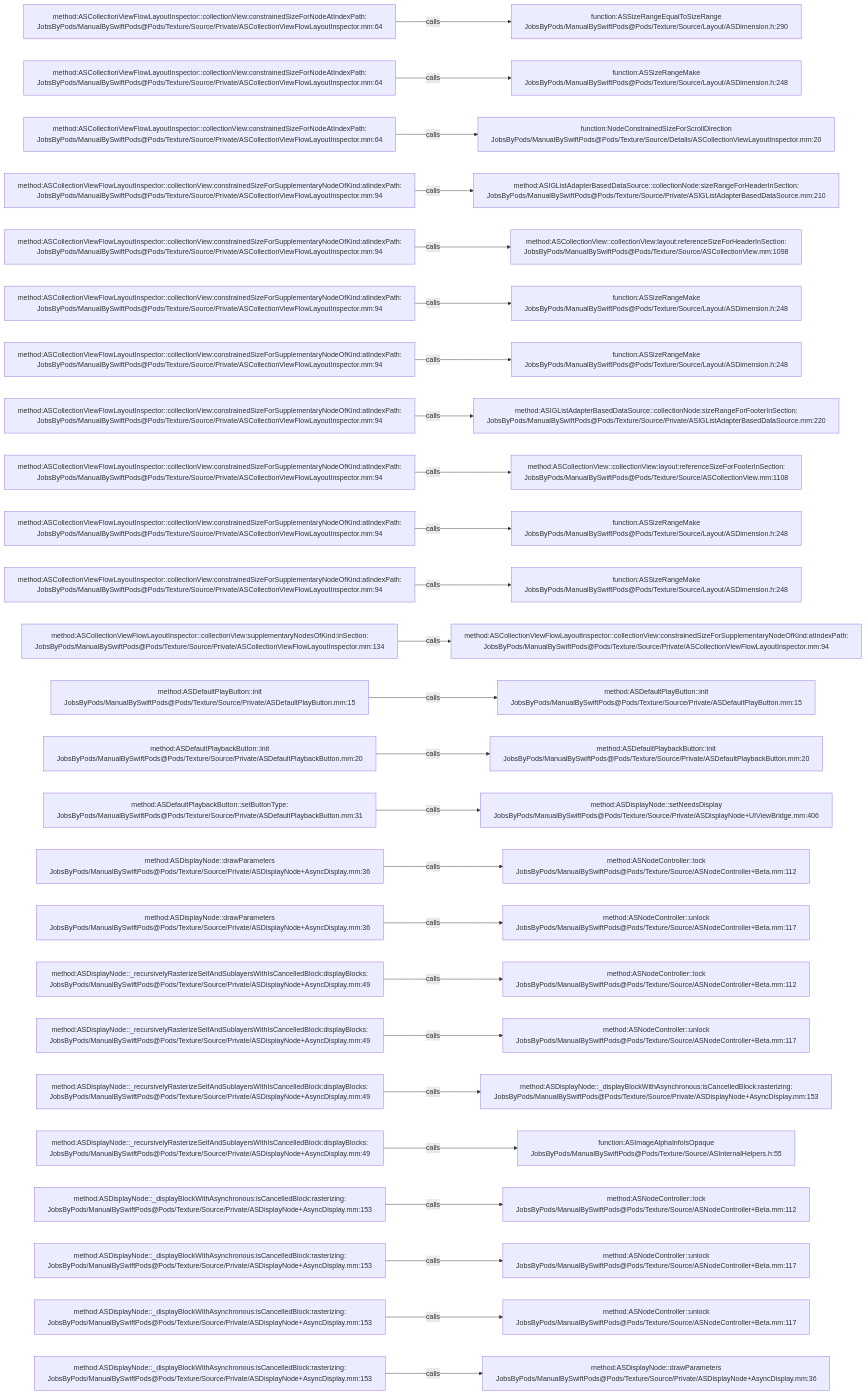
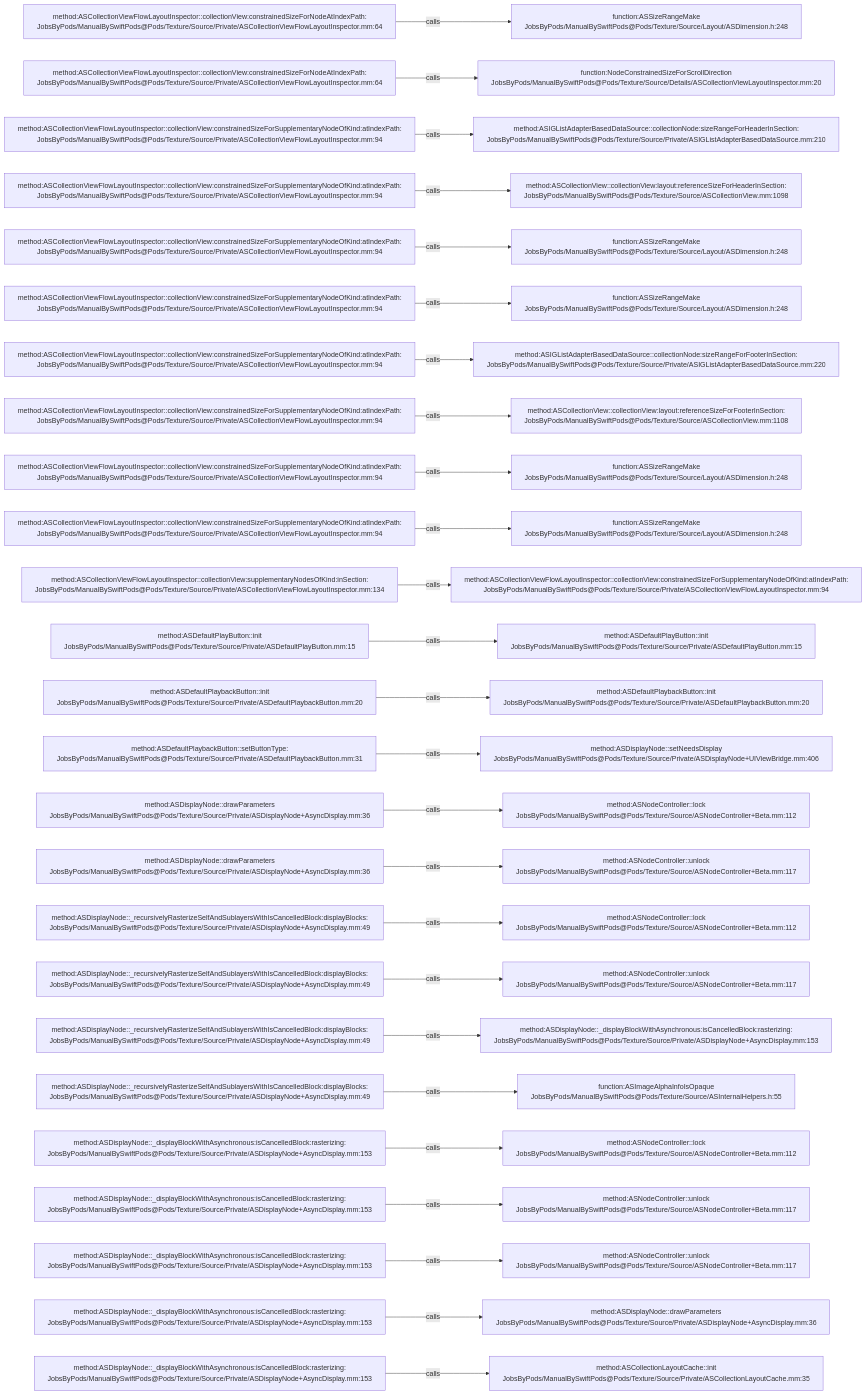
Before and after one commit to JobsKits/JobsSwiftBaseConfigDemo: the diagram in .codegraph/codegraph.md/graphs/calls-116.md, drawn with Mermaid. The commit also changed 747 other files, not shown here.

````diff
--- a/.codegraph/codegraph.md/graphs/calls-116.md
+++ b/.codegraph/codegraph.md/graphs/calls-116.md
@@ -13,78 +13,78 @@
 ```mermaid
 flowchart LR
   S1["method:ASCollectionViewFlowLayoutInspector::collectionView:constrainedSizeForNodeAtIndexPath:<br/>JobsByPods/ManualBySwiftPods@Pods/Texture/Source/Private/ASCollectionViewFlowLayoutInspector.mm:64"]
-  T1["function:ASSizeRangeEqualToSizeRange<br/>JobsByPods/ManualBySwiftPods@Pods/Texture/Source/Layout/ASDimension.h:290"]
+  T1["function:ASSizeRangeMake<br/>JobsByPods/ManualBySwiftPods@Pods/Texture/Source/Layout/ASDimension.h:248"]
   S1 -->|calls| T1
   S2["method:ASCollectionViewFlowLayoutInspector::collectionView:constrainedSizeForNodeAtIndexPath:<br/>JobsByPods/ManualBySwiftPods@Pods/Texture/Source/Private/ASCollectionViewFlowLayoutInspector.mm:64"]
-  T2["function:ASSizeRangeMake<br/>JobsByPods/ManualBySwiftPods@Pods/Texture/Source/Layout/ASDimension.h:248"]
+  T2["function:NodeConstrainedSizeForScrollDirection<br/>JobsByPods/ManualBySwiftPods@Pods/Texture/Source/Details/ASCollectionViewLayoutInspector.mm:20"]
   S2 -->|calls| T2
-  S3["method:ASCollectionViewFlowLayoutInspector::collectionView:constrainedSizeForNodeAtIndexPath:<br/>JobsByPods/ManualBySwiftPods@Pods/Texture/Source/Private/ASCollectionViewFlowLayoutInspector.mm:64"]
-  T3["function:NodeConstrainedSizeForScrollDirection<br/>JobsByPods/ManualBySwiftPods@Pods/Texture/Source/Details/ASCollectionViewLayoutInspector.mm:20"]
+  S3["method:ASCollectionViewFlowLayoutInspector::collectionView:constrainedSizeForSupplementaryNodeOfKind:atIndexPath:<br/>JobsByPods/ManualBySwiftPods@Pods/Texture/Source/Private/ASCollectionViewFlowLayoutInspector.mm:94"]
+  T3["method:ASIGListAdapterBasedDataSource::collectionNode:sizeRangeForHeaderInSection:<br/>JobsByPods/ManualBySwiftPods@Pods/Texture/Source/Private/ASIGListAdapterBasedDataSource.mm:210"]
   S3 -->|calls| T3
   S4["method:ASCollectionViewFlowLayoutInspector::collectionView:constrainedSizeForSupplementaryNodeOfKind:atIndexPath:<br/>JobsByPods/ManualBySwiftPods@Pods/Texture/Source/Private/ASCollectionViewFlowLayoutInspector.mm:94"]
-  T4["method:ASIGListAdapterBasedDataSource::collectionNode:sizeRangeForHeaderInSection:<br/>JobsByPods/ManualBySwiftPods@Pods/Texture/Source/Private/ASIGListAdapterBasedDataSource.mm:210"]
+  T4["method:ASCollectionView::collectionView:layout:referenceSizeForHeaderInSection:<br/>JobsByPods/ManualBySwiftPods@Pods/Texture/Source/ASCollectionView.mm:1098"]
   S4 -->|calls| T4
   S5["method:ASCollectionViewFlowLayoutInspector::collectionView:constrainedSizeForSupplementaryNodeOfKind:atIndexPath:<br/>JobsByPods/ManualBySwiftPods@Pods/Texture/Source/Private/ASCollectionViewFlowLayoutInspector.mm:94"]
-  T5["method:ASCollectionView::collectionView:layout:referenceSizeForHeaderInSection:<br/>JobsByPods/ManualBySwiftPods@Pods/Texture/Source/ASCollectionView.mm:1098"]
+  T5["function:ASSizeRangeMake<br/>JobsByPods/ManualBySwiftPods@Pods/Texture/Source/Layout/ASDimension.h:248"]
   S5 -->|calls| T5
   S6["method:ASCollectionViewFlowLayoutInspector::collectionView:constrainedSizeForSupplementaryNodeOfKind:atIndexPath:<br/>JobsByPods/ManualBySwiftPods@Pods/Texture/Source/Private/ASCollectionViewFlowLayoutInspector.mm:94"]
   T6["function:ASSizeRangeMake<br/>JobsByPods/ManualBySwiftPods@Pods/Texture/Source/Layout/ASDimension.h:248"]
   S6 -->|calls| T6
   S7["method:ASCollectionViewFlowLayoutInspector::collectionView:constrainedSizeForSupplementaryNodeOfKind:atIndexPath:<br/>JobsByPods/ManualBySwiftPods@Pods/Texture/Source/Private/ASCollectionViewFlowLayoutInspector.mm:94"]
-  T7["function:ASSizeRangeMake<br/>JobsByPods/ManualBySwiftPods@Pods/Texture/Source/Layout/ASDimension.h:248"]
+  T7["method:ASIGListAdapterBasedDataSource::collectionNode:sizeRangeForFooterInSection:<br/>JobsByPods/ManualBySwiftPods@Pods/Texture/Source/Private/ASIGListAdapterBasedDataSource.mm:220"]
   S7 -->|calls| T7
   S8["method:ASCollectionViewFlowLayoutInspector::collectionView:constrainedSizeForSupplementaryNodeOfKind:atIndexPath:<br/>JobsByPods/ManualBySwiftPods@Pods/Texture/Source/Private/ASCollectionViewFlowLayoutInspector.mm:94"]
-  T8["method:ASIGListAdapterBasedDataSource::collectionNode:sizeRangeForFooterInSection:<br/>JobsByPods/ManualBySwiftPods@Pods/Texture/Source/Private/ASIGListAdapterBasedDataSource.mm:220"]
+  T8["method:ASCollectionView::collectionView:layout:referenceSizeForFooterInSection:<br/>JobsByPods/ManualBySwiftPods@Pods/Texture/Source/ASCollectionView.mm:1108"]
   S8 -->|calls| T8
   S9["method:ASCollectionViewFlowLayoutInspector::collectionView:constrainedSizeForSupplementaryNodeOfKind:atIndexPath:<br/>JobsByPods/ManualBySwiftPods@Pods/Texture/Source/Private/ASCollectionViewFlowLayoutInspector.mm:94"]
-  T9["method:ASCollectionView::collectionView:layout:referenceSizeForFooterInSection:<br/>JobsByPods/ManualBySwiftPods@Pods/Texture/Source/ASCollectionView.mm:1108"]
+  T9["function:ASSizeRangeMake<br/>JobsByPods/ManualBySwiftPods@Pods/Texture/Source/Layout/ASDimension.h:248"]
   S9 -->|calls| T9
   S10["method:ASCollectionViewFlowLayoutInspector::collectionView:constrainedSizeForSupplementaryNodeOfKind:atIndexPath:<br/>JobsByPods/ManualBySwiftPods@Pods/Texture/Source/Private/ASCollectionViewFlowLayoutInspector.mm:94"]
   T10["function:ASSizeRangeMake<br/>JobsByPods/ManualBySwiftPods@Pods/Texture/Source/Layout/ASDimension.h:248"]
   S10 -->|calls| T10
-  S11["method:ASCollectionViewFlowLayoutInspector::collectionView:constrainedSizeForSupplementaryNodeOfKind:atIndexPath:<br/>JobsByPods/ManualBySwiftPods@Pods/Texture/Source/Private/ASCollectionViewFlowLayoutInspector.mm:94"]
-  T11["function:ASSizeRangeMake<br/>JobsByPods/ManualBySwiftPods@Pods/Texture/Source/Layout/ASDimension.h:248"]
+  S11["method:ASCollectionViewFlowLayoutInspector::collectionView:supplementaryNodesOfKind:inSection:<br/>JobsByPods/ManualBySwiftPods@Pods/Texture/Source/Private/ASCollectionViewFlowLayoutInspector.mm:134"]
+  T11["method:ASCollectionViewFlowLayoutInspector::collectionView:constrainedSizeForSupplementaryNodeOfKind:atIndexPath:<br/>JobsByPods/ManualBySwiftPods@Pods/Texture/Source/Private/ASCollectionViewFlowLayoutInspector.mm:94"]
   S11 -->|calls| T11
-  S12["method:ASCollectionViewFlowLayoutInspector::collectionView:supplementaryNodesOfKind:inSection:<br/>JobsByPods/ManualBySwiftPods@Pods/Texture/Source/Private/ASCollectionViewFlowLayoutInspector.mm:134"]
-  T12["method:ASCollectionViewFlowLayoutInspector::collectionView:constrainedSizeForSupplementaryNodeOfKind:atIndexPath:<br/>JobsByPods/ManualBySwiftPods@Pods/Texture/Source/Private/ASCollectionViewFlowLayoutInspector.mm:94"]
+  S12["method:ASDefaultPlayButton::init<br/>JobsByPods/ManualBySwiftPods@Pods/Texture/Source/Private/ASDefaultPlayButton.mm:15"]
+  T12["method:ASDefaultPlayButton::init<br/>JobsByPods/ManualBySwiftPods@Pods/Texture/Source/Private/ASDefaultPlayButton.mm:15"]
   S12 -->|calls| T12
-  S13["method:ASDefaultPlayButton::init<br/>JobsByPods/ManualBySwiftPods@Pods/Texture/Source/Private/ASDefaultPlayButton.mm:15"]
-  T13["method:ASDefaultPlayButton::init<br/>JobsByPods/ManualBySwiftPods@Pods/Texture/Source/Private/ASDefaultPlayButton.mm:15"]
+  S13["method:ASDefaultPlaybackButton::init<br/>JobsByPods/ManualBySwiftPods@Pods/Texture/Source/Private/ASDefaultPlaybackButton.mm:20"]
+  T13["method:ASDefaultPlaybackButton::init<br/>JobsByPods/ManualBySwiftPods@Pods/Texture/Source/Private/ASDefaultPlaybackButton.mm:20"]
   S13 -->|calls| T13
-  S14["method:ASDefaultPlaybackButton::init<br/>JobsByPods/ManualBySwiftPods@Pods/Texture/Source/Private/ASDefaultPlaybackButton.mm:20"]
-  T14["method:ASDefaultPlaybackButton::init<br/>JobsByPods/ManualBySwiftPods@Pods/Texture/Source/Private/ASDefaultPlaybackButton.mm:20"]
+  S14["method:ASDefaultPlaybackButton::setButtonType:<br/>JobsByPods/ManualBySwiftPods@Pods/Texture/Source/Private/ASDefaultPlaybackButton.mm:31"]
+  T14["method:ASDisplayNode::setNeedsDisplay<br/>JobsByPods/ManualBySwiftPods@Pods/Texture/Source/Private/ASDisplayNode+UIViewBridge.mm:406"]
   S14 -->|calls| T14
-  S15["method:ASDefaultPlaybackButton::setButtonType:<br/>JobsByPods/ManualBySwiftPods@Pods/Texture/Source/Private/ASDefaultPlaybackButton.mm:31"]
-  T15["method:ASDisplayNode::setNeedsDisplay<br/>JobsByPods/ManualBySwiftPods@Pods/Texture/Source/Private/ASDisplayNode+UIViewBridge.mm:406"]
+  S15["method:ASDisplayNode::drawParameters<br/>JobsByPods/ManualBySwiftPods@Pods/Texture/Source/Private/ASDisplayNode+AsyncDisplay.mm:36"]
+  T15["method:ASNodeController::lock<br/>JobsByPods/ManualBySwiftPods@Pods/Texture/Source/ASNodeController+Beta.mm:112"]
   S15 -->|calls| T15
   S16["method:ASDisplayNode::drawParameters<br/>JobsByPods/ManualBySwiftPods@Pods/Texture/Source/Private/ASDisplayNode+AsyncDisplay.mm:36"]
-  T16["method:ASNodeController::lock<br/>JobsByPods/ManualBySwiftPods@Pods/Texture/Source/ASNodeController+Beta.mm:112"]
+  T16["method:ASNodeController::unlock<br/>JobsByPods/ManualBySwiftPods@Pods/Texture/Source/ASNodeController+Beta.mm:117"]
   S16 -->|calls| T16
-  S17["method:ASDisplayNode::drawParameters<br/>JobsByPods/ManualBySwiftPods@Pods/Texture/Source/Private/ASDisplayNode+AsyncDisplay.mm:36"]
-  T17["method:ASNodeController::unlock<br/>JobsByPods/ManualBySwiftPods@Pods/Texture/Source/ASNodeController+Beta.mm:117"]
+  S17["method:ASDisplayNode::_recursivelyRasterizeSelfAndSublayersWithIsCancelledBlock:displayBlocks:<br/>JobsByPods/ManualBySwiftPods@Pods/Texture/Source/Private/ASDisplayNode+AsyncDisplay.mm:49"]
+  T17["method:ASNodeController::lock<br/>JobsByPods/ManualBySwiftPods@Pods/Texture/Source/ASNodeController+Beta.mm:112"]
   S17 -->|calls| T17
   S18["method:ASDisplayNode::_recursivelyRasterizeSelfAndSublayersWithIsCancelledBlock:displayBlocks:<br/>JobsByPods/ManualBySwiftPods@Pods/Texture/Source/Private/ASDisplayNode+AsyncDisplay.mm:49"]
-  T18["method:ASNodeController::lock<br/>JobsByPods/ManualBySwiftPods@Pods/Texture/Source/ASNodeController+Beta.mm:112"]
+  T18["method:ASNodeController::unlock<br/>JobsByPods/ManualBySwiftPods@Pods/Texture/Source/ASNodeController+Beta.mm:117"]
   S18 -->|calls| T18
   S19["method:ASDisplayNode::_recursivelyRasterizeSelfAndSublayersWithIsCancelledBlock:displayBlocks:<br/>JobsByPods/ManualBySwiftPods@Pods/Texture/Source/Private/ASDisplayNode+AsyncDisplay.mm:49"]
-  T19["method:ASNodeController::unlock<br/>JobsByPods/ManualBySwiftPods@Pods/Texture/Source/ASNodeController+Beta.mm:117"]
+  T19["method:ASDisplayNode::_displayBlockWithAsynchronous:isCancelledBlock:rasterizing:<br/>JobsByPods/ManualBySwiftPods@Pods/Texture/Source/Private/ASDisplayNode+AsyncDisplay.mm:153"]
   S19 -->|calls| T19
   S20["method:ASDisplayNode::_recursivelyRasterizeSelfAndSublayersWithIsCancelledBlock:displayBlocks:<br/>JobsByPods/ManualBySwiftPods@Pods/Texture/Source/Private/ASDisplayNode+AsyncDisplay.mm:49"]
-  T20["method:ASDisplayNode::_displayBlockWithAsynchronous:isCancelledBlock:rasterizing:<br/>JobsByPods/ManualBySwiftPods@Pods/Texture/Source/Private/ASDisplayNode+AsyncDisplay.mm:153"]
+  T20["function:ASImageAlphaInfoIsOpaque<br/>JobsByPods/ManualBySwiftPods@Pods/Texture/Source/ASInternalHelpers.h:55"]
   S20 -->|calls| T20
-  S21["method:ASDisplayNode::_recursivelyRasterizeSelfAndSublayersWithIsCancelledBlock:displayBlocks:<br/>JobsByPods/ManualBySwiftPods@Pods/Texture/Source/Private/ASDisplayNode+AsyncDisplay.mm:49"]
-  T21["function:ASImageAlphaInfoIsOpaque<br/>JobsByPods/ManualBySwiftPods@Pods/Texture/Source/ASInternalHelpers.h:55"]
+  S21["method:ASDisplayNode::_displayBlockWithAsynchronous:isCancelledBlock:rasterizing:<br/>JobsByPods/ManualBySwiftPods@Pods/Texture/Source/Private/ASDisplayNode+AsyncDisplay.mm:153"]
+  T21["method:ASNodeController::lock<br/>JobsByPods/ManualBySwiftPods@Pods/Texture/Source/ASNodeController+Beta.mm:112"]
   S21 -->|calls| T21
   S22["method:ASDisplayNode::_displayBlockWithAsynchronous:isCancelledBlock:rasterizing:<br/>JobsByPods/ManualBySwiftPods@Pods/Texture/Source/Private/ASDisplayNode+AsyncDisplay.mm:153"]
-  T22["method:ASNodeController::lock<br/>JobsByPods/ManualBySwiftPods@Pods/Texture/Source/ASNodeController+Beta.mm:112"]
+  T22["method:ASNodeController::unlock<br/>JobsByPods/ManualBySwiftPods@Pods/Texture/Source/ASNodeController+Beta.mm:117"]
   S22 -->|calls| T22
   S23["method:ASDisplayNode::_displayBlockWithAsynchronous:isCancelledBlock:rasterizing:<br/>JobsByPods/ManualBySwiftPods@Pods/Texture/Source/Private/ASDisplayNode+AsyncDisplay.mm:153"]
   T23["method:ASNodeController::unlock<br/>JobsByPods/ManualBySwiftPods@Pods/Texture/Source/ASNodeController+Beta.mm:117"]
   S23 -->|calls| T23
   S24["method:ASDisplayNode::_displayBlockWithAsynchronous:isCancelledBlock:rasterizing:<br/>JobsByPods/ManualBySwiftPods@Pods/Texture/Source/Private/ASDisplayNode+AsyncDisplay.mm:153"]
-  T24["method:ASNodeController::unlock<br/>JobsByPods/ManualBySwiftPods@Pods/Texture/Source/ASNodeController+Beta.mm:117"]
+  T24["method:ASDisplayNode::drawParameters<br/>JobsByPods/ManualBySwiftPods@Pods/Texture/Source/Private/ASDisplayNode+AsyncDisplay.mm:36"]
   S24 -->|calls| T24
   S25["method:ASDisplayNode::_displayBlockWithAsynchronous:isCancelledBlock:rasterizing:<br/>JobsByPods/ManualBySwiftPods@Pods/Texture/Source/Private/ASDisplayNode+AsyncDisplay.mm:153"]
-  T25["method:ASDisplayNode::drawParameters<br/>JobsByPods/ManualBySwiftPods@Pods/Texture/Source/Private/ASDisplayNode+AsyncDisplay.mm:36"]
+  T25["method:ASCollectionLayoutCache::init<br/>JobsByPods/ManualBySwiftPods@Pods/Texture/Source/Private/ASCollectionLayoutCache.mm:35"]
   S25 -->|calls| T25
 ```
````
